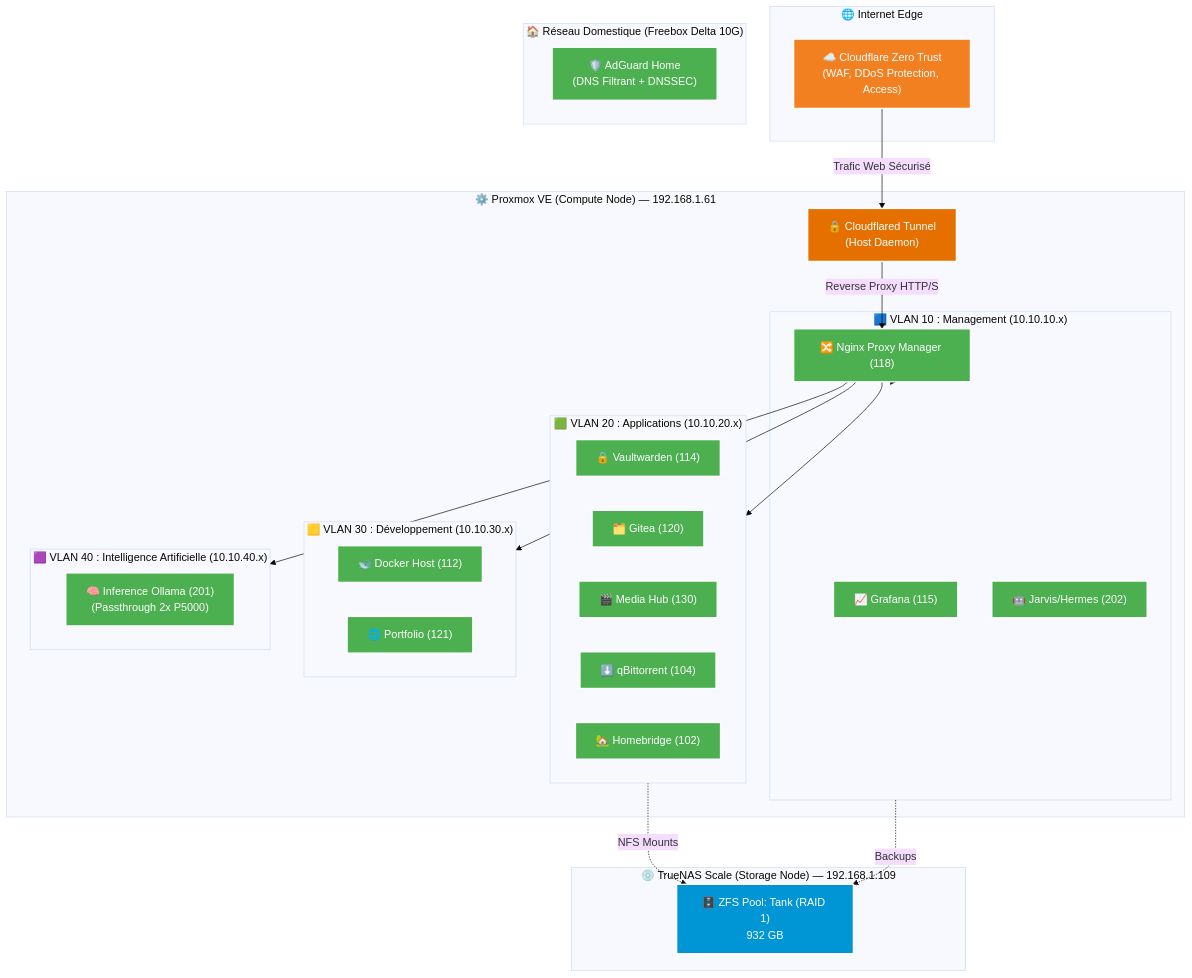
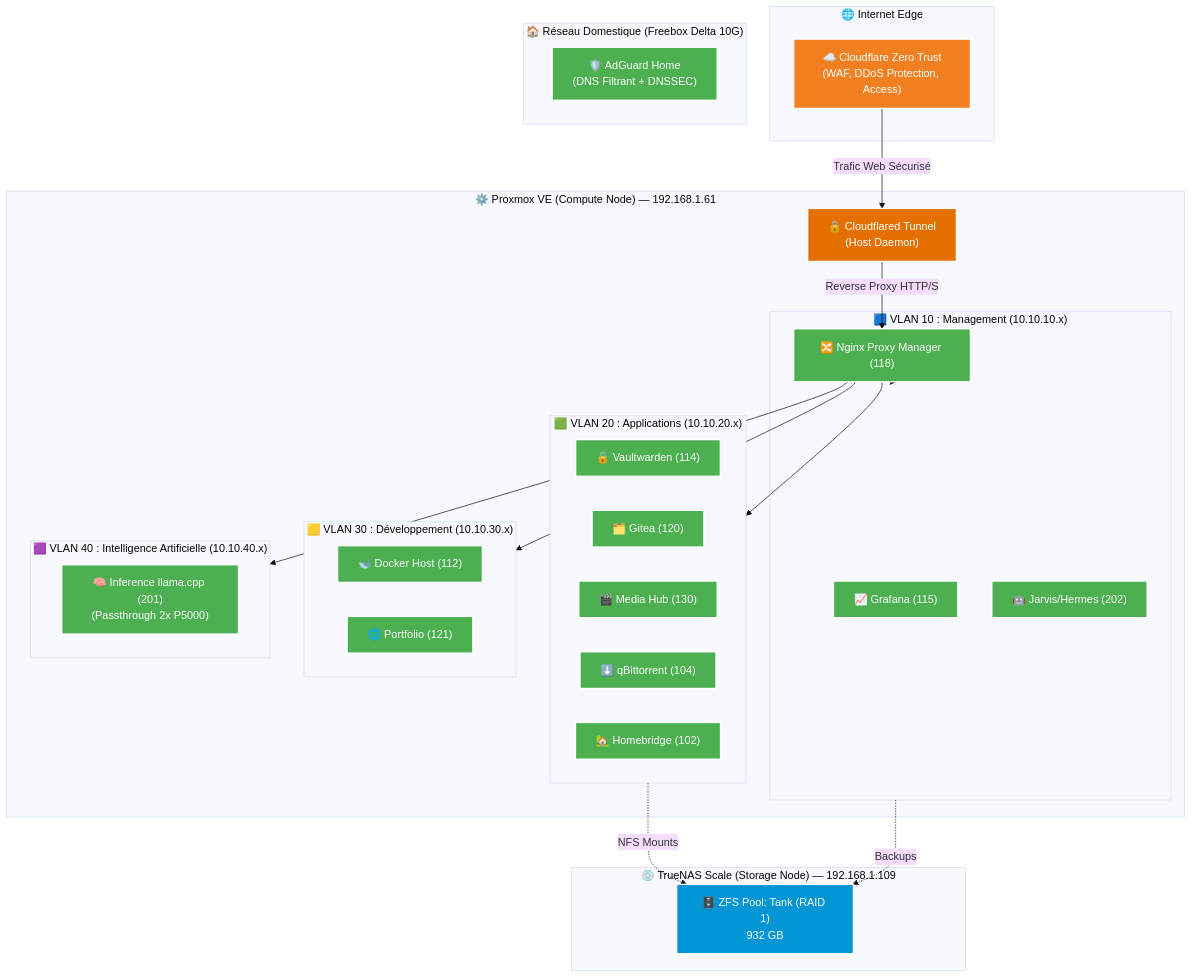
One commit to Kyworn/ZorkoLab changed the diagram in README.md. Above: the diagram before and after it, drawn with Mermaid (base theme). The commit also changed 2 other files, not shown here.

Commit message:
docs: correct inference engine from Ollama to llama.cpp

````diff
--- a/README.md
+++ b/README.md
@@ -17,60 +17,60 @@
 ```mermaid
 graph TD
     %% Styles
     classDef cloud fill:#F38020,stroke:#fff,stroke-width:2px,color:#fff
     classDef pve fill:#E57000,stroke:#fff,stroke-width:2px,color:#fff
     classDef truenas fill:#0095D5,stroke:#fff,stroke-width:2px,color:#fff
     classDef lxc fill:#4CAF50,stroke:#fff,stroke-width:2px,color:#fff
     classDef vlan fill:#2c3e50,stroke:#bdc3c7,stroke-width:2px,color:#fff,stroke-dasharray: 5 5
 
     subgraph Internet ["🌐 Internet Edge"]
         CF["☁️ Cloudflare Zero Trust<br/>(WAF, DDoS Protection, Access)"]:::cloud
     end
 
     subgraph Network ["🏠 Réseau Domestique (Freebox Delta 10G)"]
         ADG["🛡️ AdGuard Home<br/>(DNS Filtrant + DNSSEC)"]:::lxc
     end
 
     subgraph Proxmox ["⚙️ Proxmox VE (Compute Node) — 192.168.1.61"]
         CF_TUN["🔒 Cloudflared Tunnel<br/>(Host Daemon)"]:::pve
 
         subgraph VLAN10 ["🟦 VLAN 10 : Management (10.10.10.x)"]
             NPM["🔀 Nginx Proxy Manager (118)"]:::lxc
             GRAF["📈 Grafana (115)"]:::lxc
             JARVIS["🤖 Jarvis/Hermes (202)"]:::lxc
         end
 
         subgraph VLAN20 ["🟩 VLAN 20 : Applications (10.10.20.x)"]
             VAULT["🔒 Vaultwarden (114)"]:::lxc
             GIT["🗂️ Gitea (120)"]:::lxc
             MEDIA["🎬 Media Hub (130)"]:::lxc
             QBIT["⬇️ qBittorrent (104)"]:::lxc
             HB["🏡 Homebridge (102)"]:::lxc
         end
 
         subgraph VLAN30 ["🟨 VLAN 30 : Développement (10.10.30.x)"]
             DOCKER["🐋 Docker Host (112)"]:::lxc
             PORTFOLIO["🌐 Portfolio (121)"]:::lxc
         end
 
         subgraph VLAN40 ["🟪 VLAN 40 : Intelligence Artificielle (10.10.40.x)"]
-            INFER["🧠 Inference Ollama (201)<br/>(Passthrough 2x P5000)"]:::lxc
+            INFER["🧠 Inference llama.cpp (201)<br/>(Passthrough 2x P5000)"]:::lxc
         end
     end
 
     subgraph Storage ["💿 TrueNAS Scale (Storage Node) — 192.168.1.109"]
         ZFS["🗄️ ZFS Pool: Tank (RAID 1)<br/>932 GB"]:::truenas
     end
 
     %% Routing
     CF -->|Trafic Web Sécurisé| CF_TUN
     CF_TUN -->|Reverse Proxy HTTP/S| NPM
     
     NPM --> VLAN10
     NPM --> VLAN20
     NPM --> VLAN30
     NPM --> VLAN40
     
     VLAN20 -.->|NFS Mounts| ZFS
     VLAN10 -.->|Backups| ZFS
 ```
````
